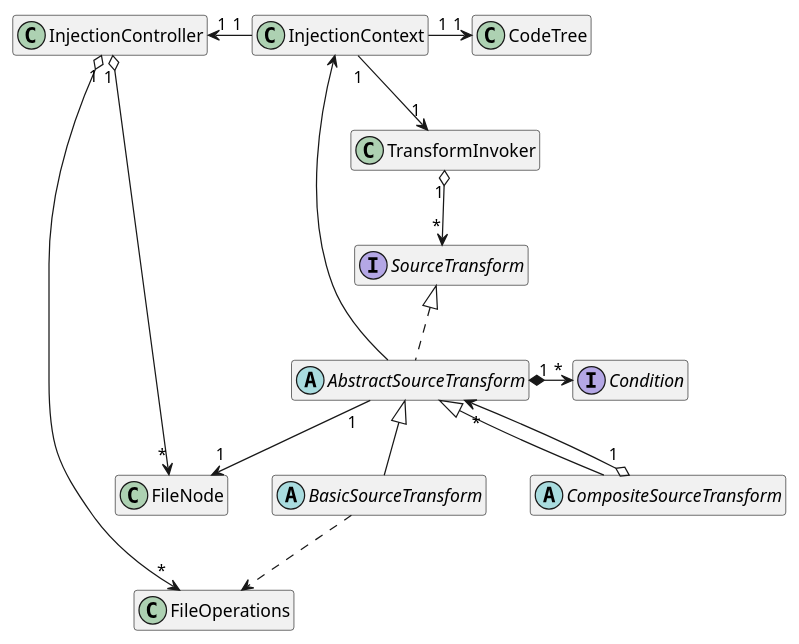
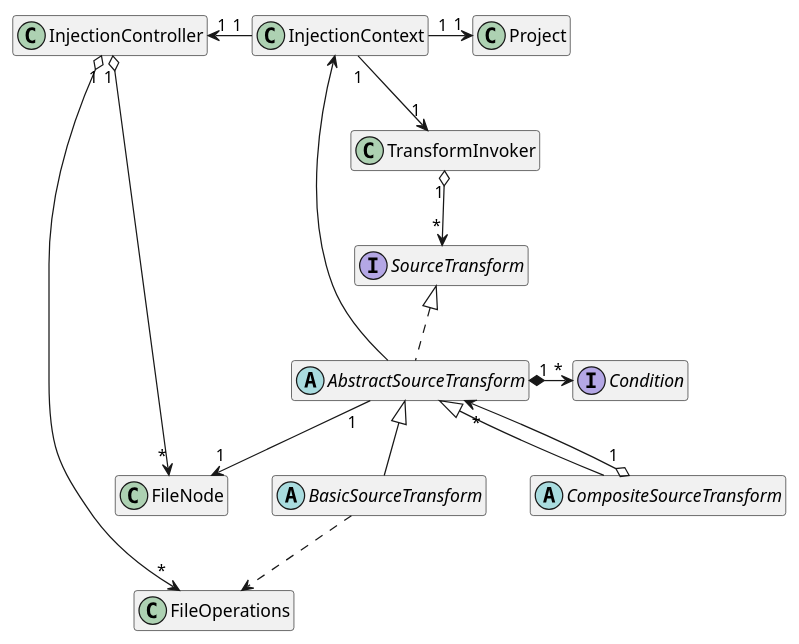
The diagram in puml/mm.puml (MSUSEL/msusel-software-injector), drawn with PlantUML before and after one commit. The commit also changed 85 other files, not shown here.

```diff
--- a/puml/mm.puml
+++ b/puml/mm.puml
@@ -1,31 +1,31 @@
 @startuml
 
 class TransformInvoker
 interface SourceTransform
 abstract class AbstractSourceTransform
 abstract class BasicSourceTransform
 abstract class CompositeSourceTransform
 interface Condition
 class FileNode
-class CodeTree
+class Project
 class InjectionController
 class InjectionContext
 class FileOperations
 
 TransformInvoker "1" o--> "*" SourceTransform
 SourceTransform <|.. AbstractSourceTransform
 AbstractSourceTransform <|-- BasicSourceTransform
 AbstractSourceTransform <|-- CompositeSourceTransform
 CompositeSourceTransform "1" o--> "*" AbstractSourceTransform
 AbstractSourceTransform "1" *-r-> "*" Condition
 AbstractSourceTransform "1" --> "1" FileNode
 AbstractSourceTransform -l-> InjectionContext
 InjectionController "1" o--> "*" FileNode
 InjectionController "1" o--> "*" FileOperations
-InjectionContext "1" -r-> "1" CodeTree
+InjectionContext "1" -r-> "1" Project
 InjectionContext "1" -l-> "1" InjectionController
 InjectionContext "1" -d-> "1" TransformInvoker
 BasicSourceTransform ..> FileOperations
 
 hide members
 @enduml
```
